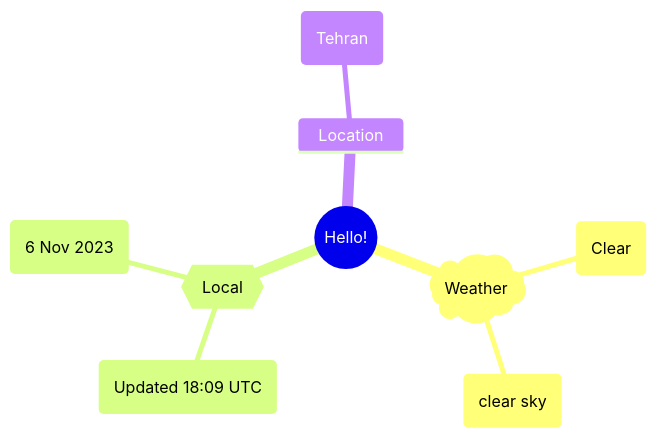
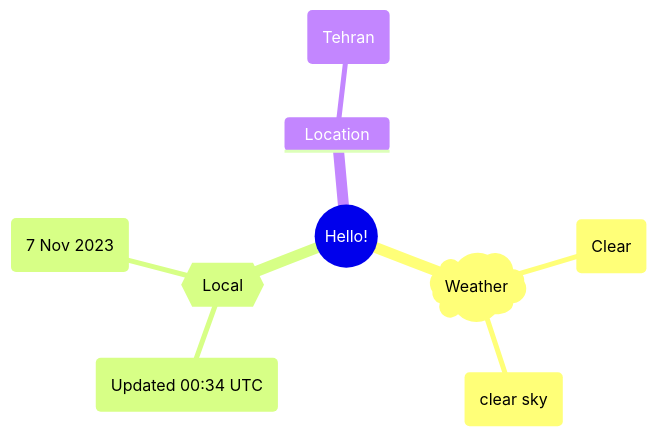
The first of 2 diagrams in README.md (Xosrov/Xosrov), drawn with Mermaid before and after one commit.

Commit message:
[bot] updated images

````diff
--- a/README.md
+++ b/README.md
@@ -3,12 +3,12 @@
 ```mermaid
 mindmap
   root((Hello!))
     )Weather(
         (Clear)
         (clear sky)
     {{Local}}
-        (Updated 18:09 UTC)
-        (6 Nov 2023)
+        (Updated 00:34 UTC)
+        (7 Nov 2023)
     Location
         (Tehran)
 ```
````
